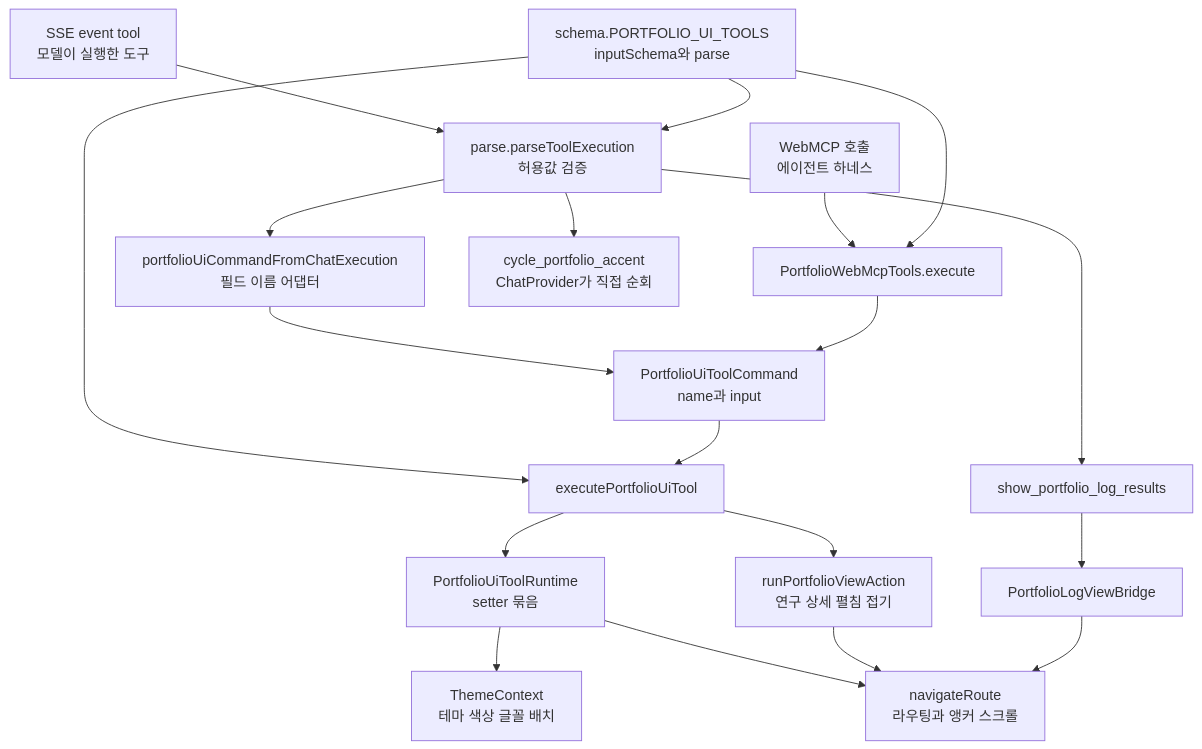
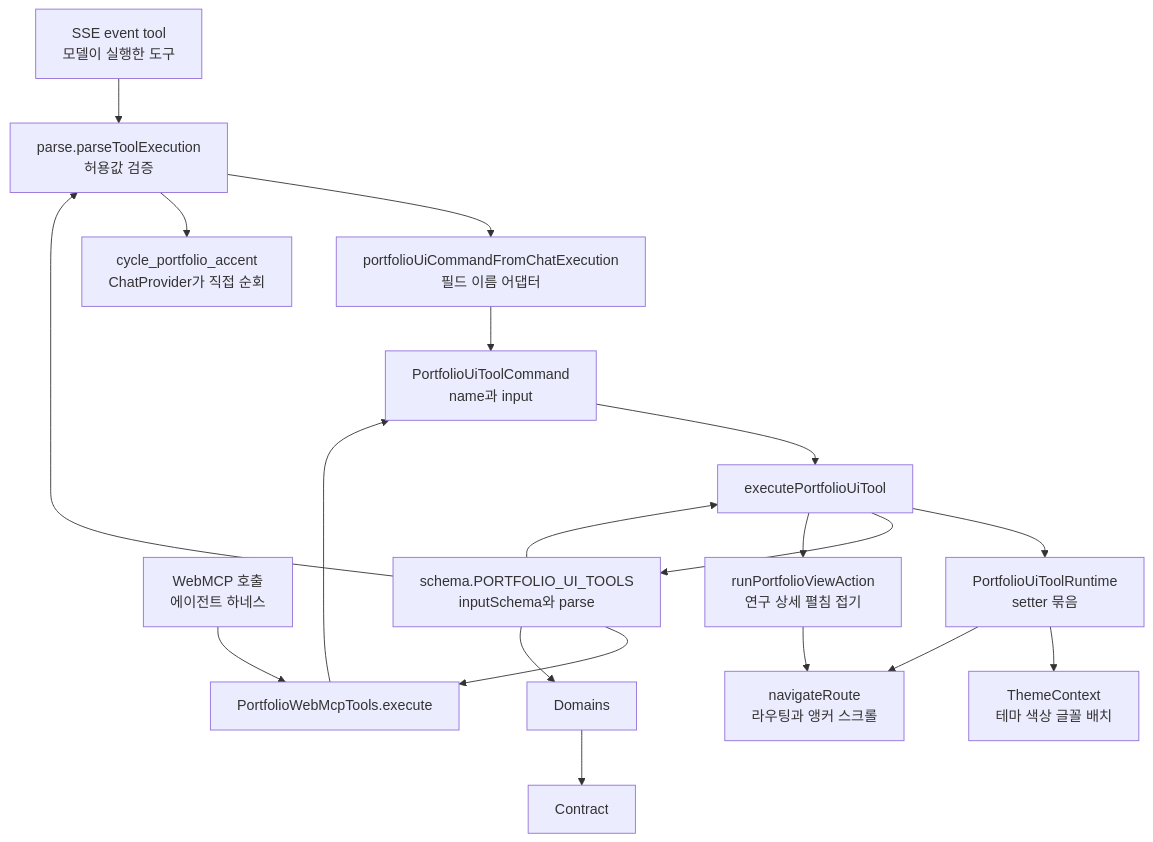
The third of 5 diagrams in web/docs/chatbot-architecture.md (s-work-song/ssw-portfolio-public), drawn with Mermaid before and after one commit. The commit also changed other lines of this file and 21 other files, not shown here.

````diff
--- a/web/docs/chatbot-architecture.md
+++ b/web/docs/chatbot-architecture.md
@@ -194,41 +195,39 @@
 ```mermaid
 flowchart TD
   ModelTool["SSE event tool<br/>모델이 실행한 도구"]
   Agent["WebMCP 호출<br/>에이전트 하네스"]
 
   Parse["parse.parseToolExecution<br/>허용값 검증"]
   Adapter["portfolioUiCommandFromChatExecution<br/>필드 이름 어댑터"]
   Register["PortfolioWebMcpTools.execute"]
   Command["PortfolioUiToolCommand<br/>name과 input"]
   Schema["schema.PORTFOLIO_UI_TOOLS<br/>inputSchema와 parse"]
   Executor["executePortfolioUiTool"]
   Runtime["PortfolioUiToolRuntime<br/>setter 묶음"]
 
   ThemeSet["ThemeContext<br/>테마 색상 글꼴 배치"]
   Router["navigateRoute<br/>라우팅과 앵커 스크롤"]
   ViewCtl["runPortfolioViewAction<br/>연구 상세 펼침 접기"]
 
   Cycle["cycle_portfolio_accent<br/>ChatProvider가 직접 순회"]
-  LogResult["show_portfolio_log_results"]
-  BridgeNode["PortfolioLogViewBridge"]
 
   ModelTool --> Parse
   Parse --> Adapter
   Adapter --> Command
   Agent --> Register
   Register --> Command
   Schema --> Register
   Schema --> Parse
   Schema --> Executor
   Command --> Executor
   Executor --> Runtime
   Runtime --> ThemeSet
   Runtime --> Router
+  Domains --> Contract
+  Schema --> Domains
+  Executor --> Schema
   Executor --> ViewCtl
   ViewCtl --> Router
 
   Parse --> Cycle
-  Parse --> LogResult
-  LogResult --> BridgeNode
-  BridgeNode --> Router
 ```
````
